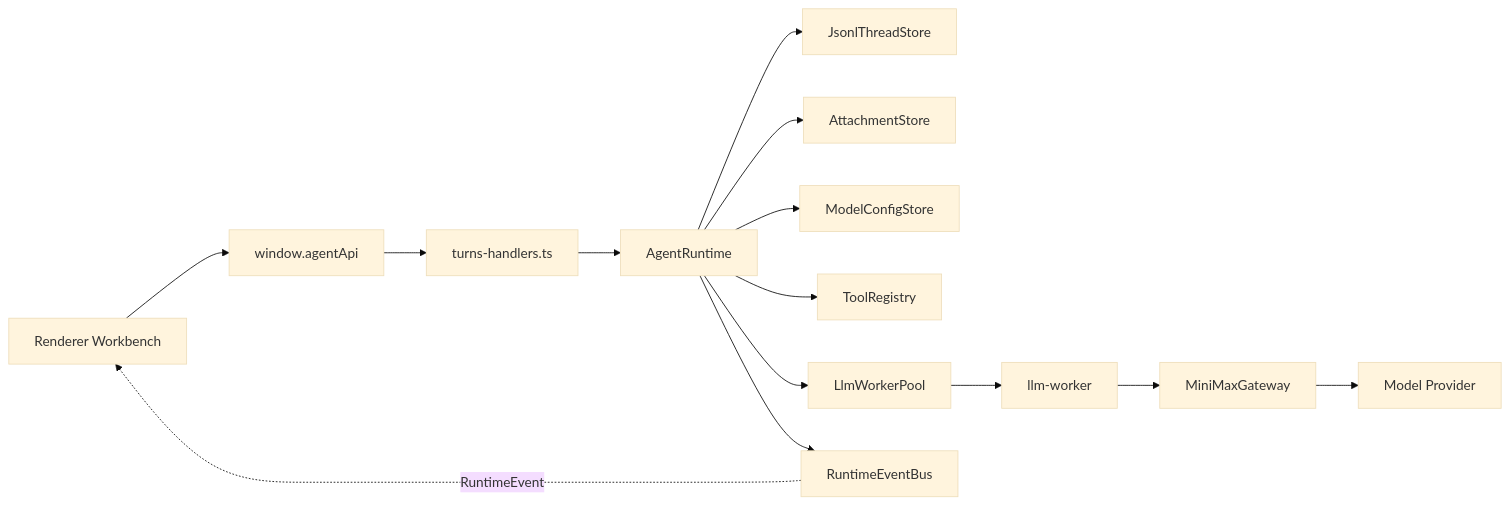
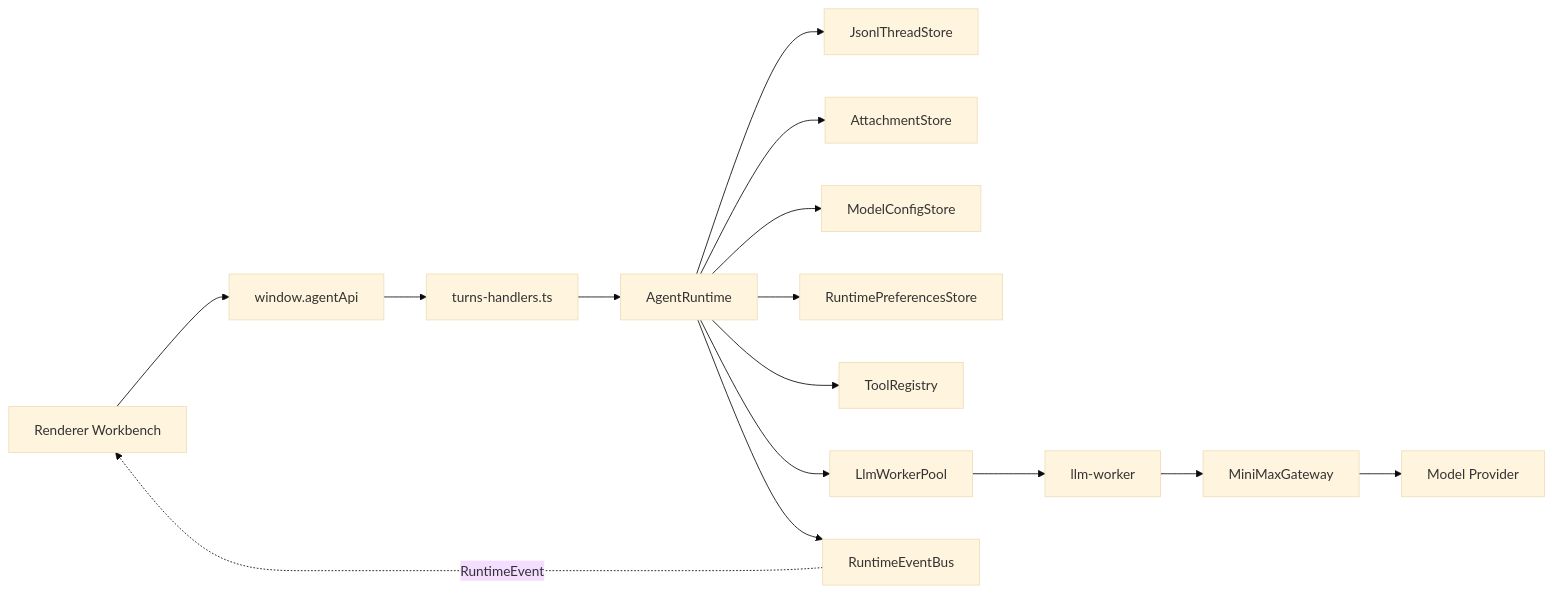
The first of 7 diagrams in docs/runtime-flow.md (dp-sudo/agent-pyramid-desktop), drawn with Mermaid (base theme) before and after one commit. The commit also changed other lines of this file and 53 other files, not shown here.

````diff
--- a/docs/runtime-flow.md
+++ b/docs/runtime-flow.md
@@ -28,30 +28,32 @@
 ```mermaid
 flowchart LR
   Renderer["Renderer Workbench"]
   Preload["window.agentApi"]
   TurnHandler["turns-handlers.ts"]
   Runtime["AgentRuntime"]
   Store["JsonlThreadStore"]
   Attachments["AttachmentStore"]
   Config["ModelConfigStore"]
+  Preferences["RuntimePreferencesStore"]
   Registry["ToolRegistry"]
   Bus["RuntimeEventBus"]
   Pool["LlmWorkerPool"]
   Worker["llm-worker"]
   Gateway["MiniMaxGateway"]
   Provider["Model Provider"]
 
   Renderer --> Preload
   Preload --> TurnHandler
   TurnHandler --> Runtime
   Runtime --> Store
   Runtime --> Attachments
   Runtime --> Config
+  Runtime --> Preferences
   Runtime --> Registry
   Runtime --> Pool
   Runtime --> Bus
   Pool --> Worker
   Worker --> Gateway
   Gateway --> Provider
   Bus -. "RuntimeEvent" .-> Renderer
 ```
````
